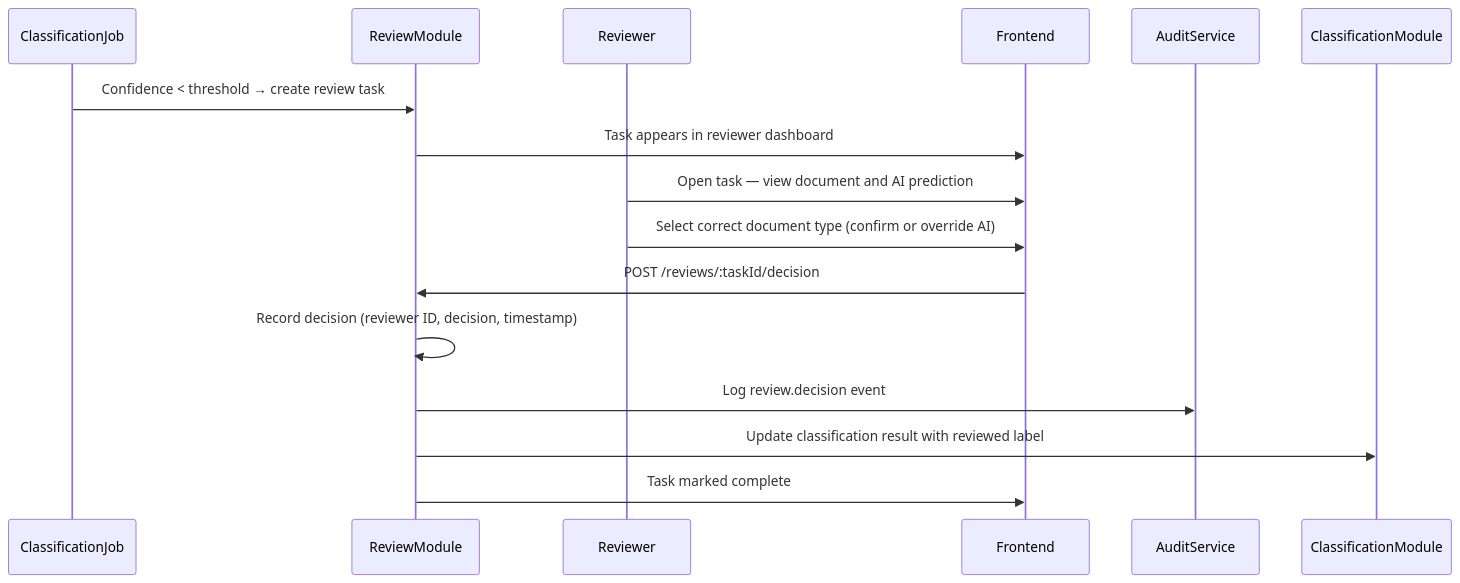
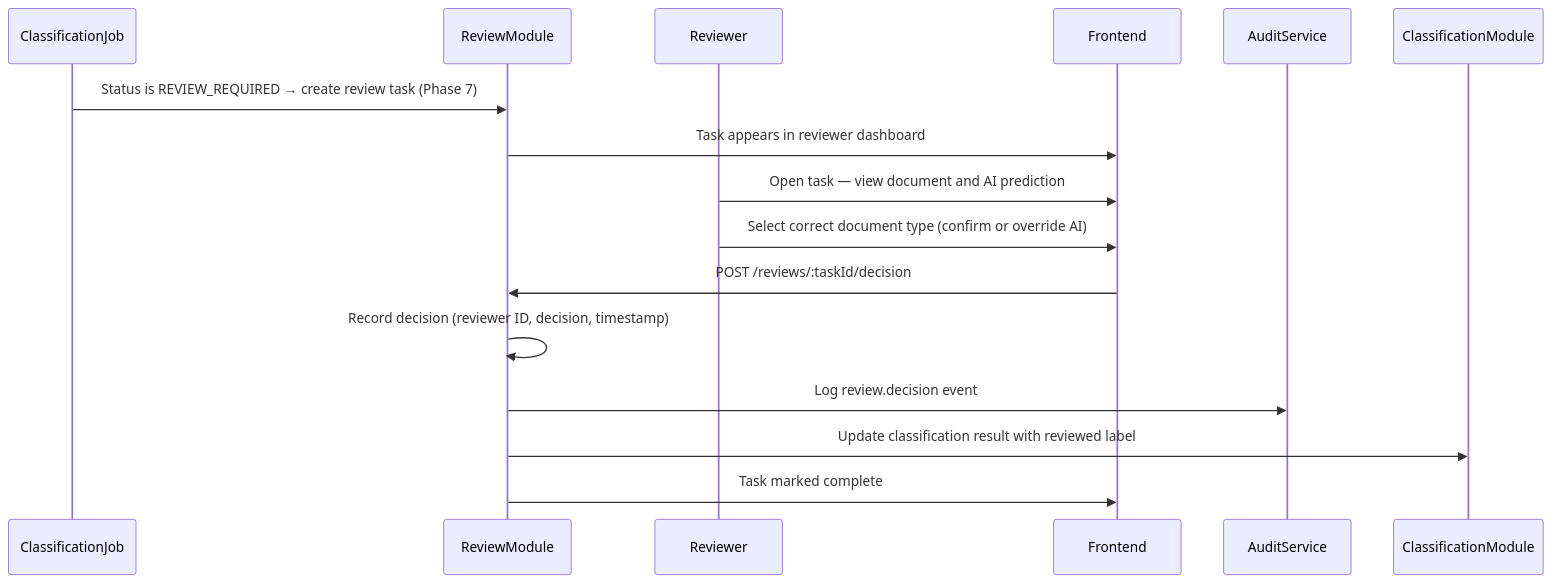
Before and after one commit to Dy-Rongrath/Cambodia-Trusted-AI-Document-Platform: the seventh of 9 diagrams in ARCHITECTURE.md, drawn with Mermaid. The commit also changed other lines of this file and 20 other files, not shown here.

````diff
--- a/ARCHITECTURE.md
+++ b/ARCHITECTURE.md
@@ -303,18 +303,18 @@
 ```mermaid
 sequenceDiagram
     participant ClassificationJob
     participant ReviewModule
     participant Reviewer
     participant Frontend
     participant AuditService
 
-    ClassificationJob->>ReviewModule: Confidence < threshold → create review task
+    ClassificationJob->>ReviewModule: Status is REVIEW_REQUIRED → create review task (Phase 7)
     ReviewModule->>Frontend: Task appears in reviewer dashboard
     Reviewer->>Frontend: Open task — view document and AI prediction
     Reviewer->>Frontend: Select correct document type (confirm or override AI)
     Frontend->>ReviewModule: POST /reviews/:taskId/decision
     ReviewModule->>ReviewModule: Record decision (reviewer ID, decision, timestamp)
     ReviewModule->>AuditService: Log review.decision event
     ReviewModule->>ClassificationModule: Update classification result with reviewed label
     ReviewModule->>Frontend: Task marked complete
 ```
````
